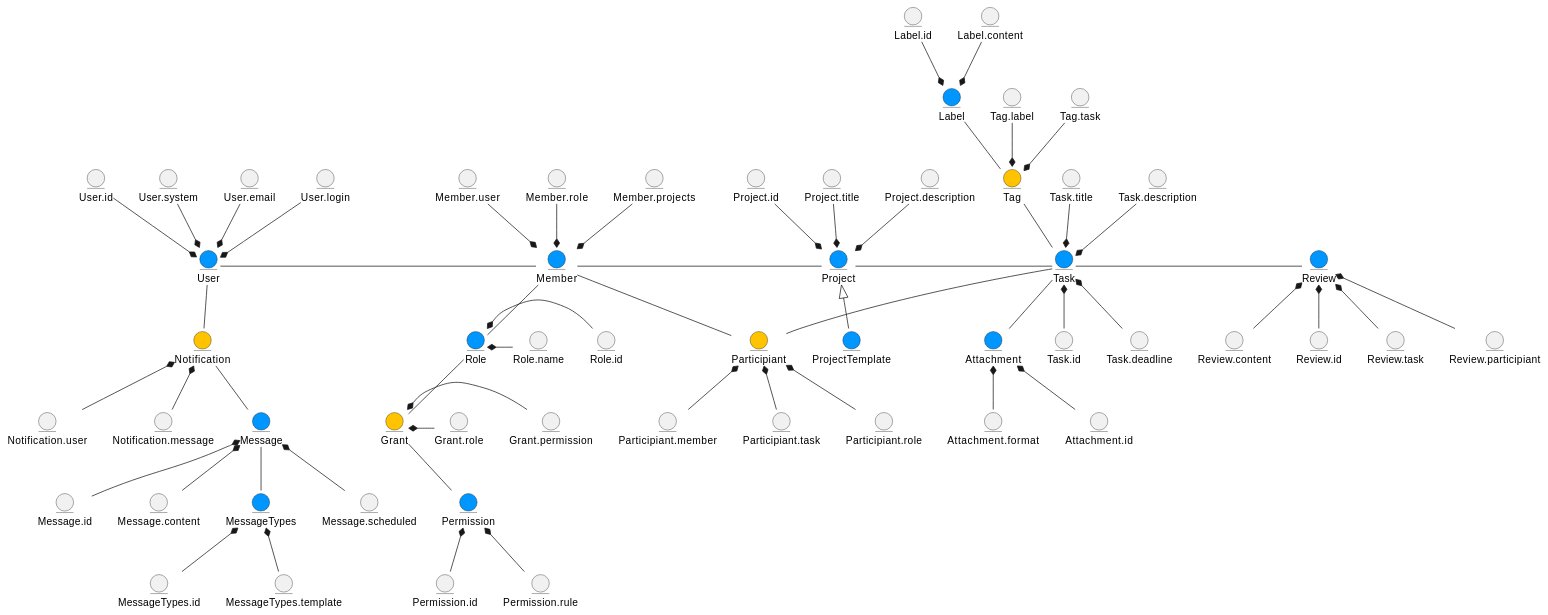
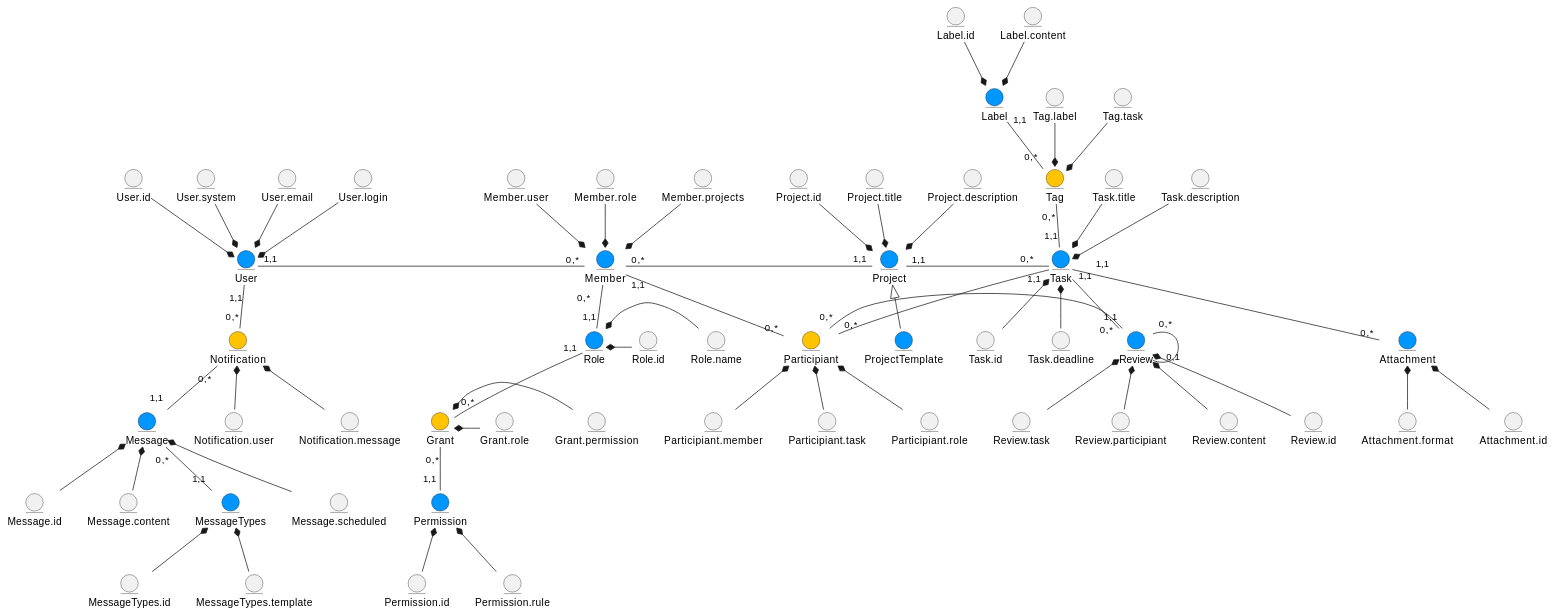
The diagram in docs/design/README.md (boldak/edu-db-cw), drawn with PlantUML before and after one commit.

Commit message:
Update business object model.md

```diff
--- a/docs/design/README.md
+++ b/docs/design/README.md
@@ -54,14 +54,14 @@
   entity User.login
   entity User.id
 
-  User -r- Member
-  Member -d- Role
-  Role -d- Grant
-  Grant -d- Permission
+  User "1,1"-r-"0,*" Member
+  Member "0,*    "-d-"1,1" Role
+  Role "1,1"-d-"     0,*"  Grant
+  Grant "0,*"-d-"       1,1" Permission
   
-  User -d- Notification
-  Message -u-  Notification
-  Message -d-  MessageTypes
+  User "1,1"-d-"0,*" Notification
+  Message "1,1   "-u- "0,*" Notification
+  Message "0,*"-d-"1,1"  MessageTypes
   
   Member.user -d-* Member
   Member.role -d-* Member
@@ -119,15 +119,17 @@
   entity Participiant.task
   entity Participiant.role
   
-  Label -d- Tag
-  Tag -d- Task
-  Task -d- Attachment
-  Task -r- Review
-  Task -l- Project
-  Task -d- Participiant
+  Label "1,1"-d-"0,*" Tag
+  Tag "0,*"-d-"1,1" Task
+  Task "       1,1"-d-"0,*" Attachment
+  Task "1,1"-r-"0,*    " Review
+  Participiant "0,*"-r-"1,1" Review
+  Review "0,*"-"   0,1" Review
+  Task "0,*    "-l-"1,1" Project
+  Task "       1,1 "-d-"0,*" Participiant
   ProjectTemplate -u-|> Project
-  Member -r- Project
-  Member -r- Participiant
+  Member "0,*"-r-"1,1" Project
+  Member "1,1"-r-"0,*" Participiant
   
   Label.id -d-* Label
   Label.content -d-* Label
```
